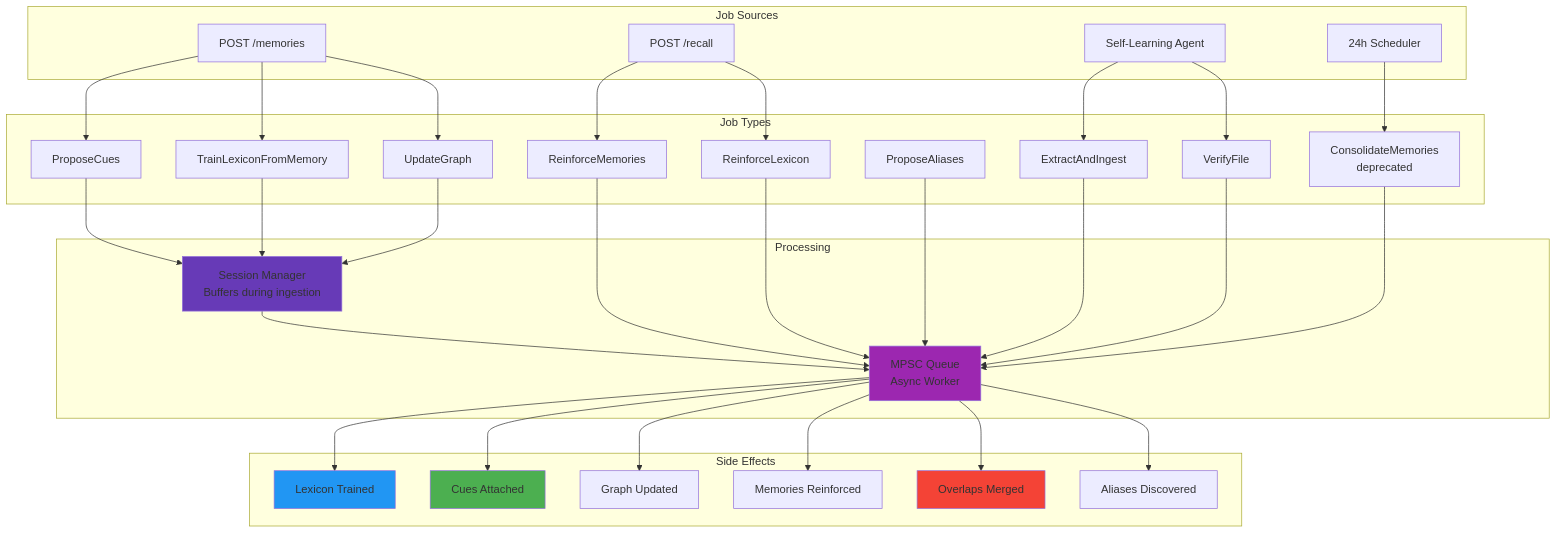
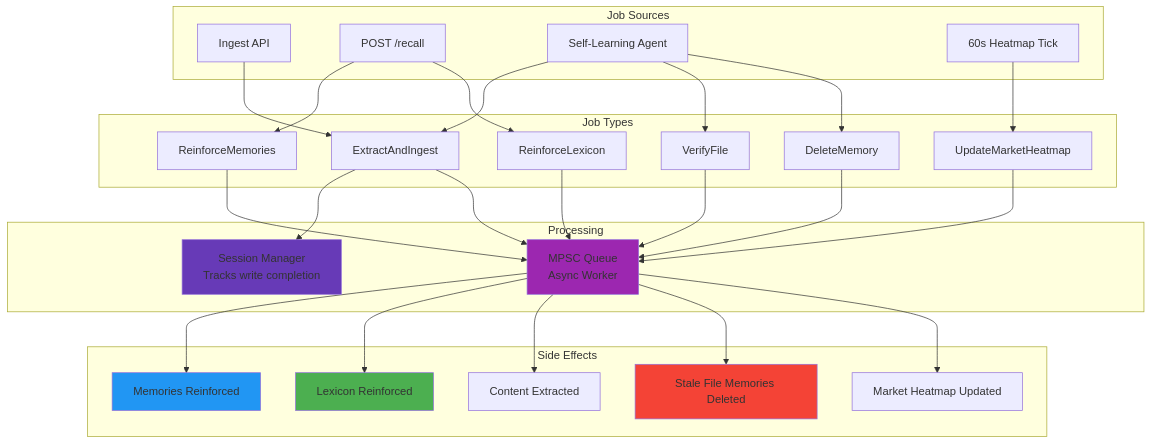
Before and after one commit to cuemap-dev/cuemap: the fourth of 4 diagrams in README.md, drawn with Mermaid. The commit also changed other lines of this file and 93 other files, not shown here.

````diff
--- a/README.md
+++ b/README.md
@@ -885,54 +902,49 @@
 ```mermaid
 graph TB
     subgraph "Job Sources"
-        WRITE[POST /memories]
+        INGEST[Ingest API]
         RECALL[POST /recall]
         AGENT[Self-Learning Agent]
-        TIMER[24h Scheduler]
+        TIMER[60s Heatmap Tick]
     end
     
     subgraph "Job Types"
-        J1[ProposeCues]
-        J2[TrainLexiconFromMemory]
-        J3[UpdateGraph]
         J4[ReinforceMemories]
         J5[ReinforceLexicon]
-        J6[ProposeAliases]
         J7[ExtractAndIngest]
         J8[VerifyFile]
-        J9[ConsolidateMemories<br/>deprecated]
+        J10[DeleteMemory]
+        J9[UpdateMarketHeatmap]
     end
     
     subgraph "Processing"
-        SESSION[Session Manager<br/>Buffers during ingestion]
+        SESSION[Session Manager<br/>Tracks write completion]
         QUEUE[MPSC Queue<br/>Async Worker]
     end
     
     subgraph "Side Effects"
-        E1[Lexicon Trained]
-        E2[Cues Attached]
-        E3[Graph Updated]
-        E4[Memories Reinforced]
-        E5[Overlaps Merged]
-        E6[Aliases Discovered]
+        E1[Memories Reinforced]
+        E2[Lexicon Reinforced]
+        E4[Content Extracted]
+        E5[Stale File Memories Deleted]
+        E6[Market Heatmap Updated]
     end
     
-    WRITE --> J1 & J2 & J3
     RECALL --> J4 & J5
-    AGENT --> J7 & J8
+    INGEST --> J7
+    AGENT --> J7 & J8 & J10
     TIMER --> J9
     
-    J1 & J2 & J3 --> SESSION
-    SESSION --> QUEUE
-    J4 & J5 & J6 --> QUEUE
-    J7 & J8 --> QUEUE
+    J7 --> SESSION
+    J4 & J5 --> QUEUE
+    J7 & J8 & J10 --> QUEUE
     J9 --> QUEUE
     
-    QUEUE --> E1 & E2 & E3 & E4 & E5 & E6
+    QUEUE --> E1 & E2 & E4 & E5 & E6
     
     style QUEUE fill:#9C27B0
     style SESSION fill:#673AB7
     style E1 fill:#2196F3
     style E2 fill:#4CAF50
     style E5 fill:#F44336
 ```
````
